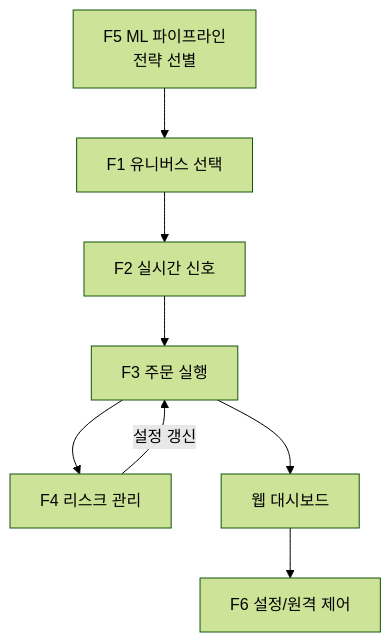
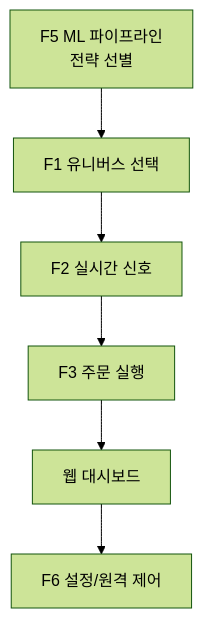
One commit to LEE-HYUNSANG/UPBIT_ML changed the diagram in doc/00_auto_upbit.md. Above: the diagram before and after it, drawn with Mermaid (forest theme). The commit also changed other lines of this file and 15 other files, not shown here.

````diff
--- a/doc/00_auto_upbit.md
+++ b/doc/00_auto_upbit.md
@@ -7,10 +7,8 @@
 ```mermaid
 flowchart TD
     F5["F5 ML 파이프라인<br/>전략 선별"] --> F1["F1 유니버스 선택"]
     F1 --> F2["F2 실시간 신호"]
     F2 --> F3["F3 주문 실행"]
-    F3 --> F4["F4 리스크 관리"]
-    F4 -- 설정 갱신 --> F3
     F3 --> Dashboard["웹 대시보드"]
     Dashboard --> F6["F6 설정/원격 제어"]
 ```
````
